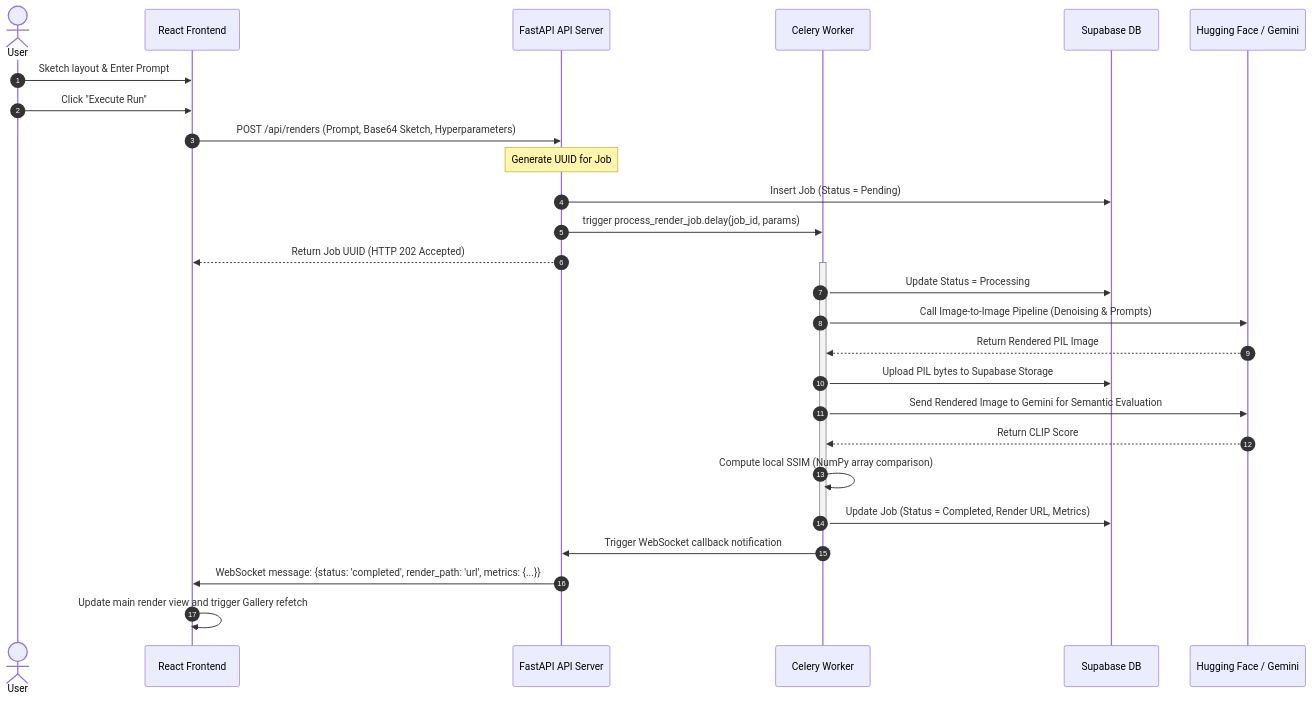
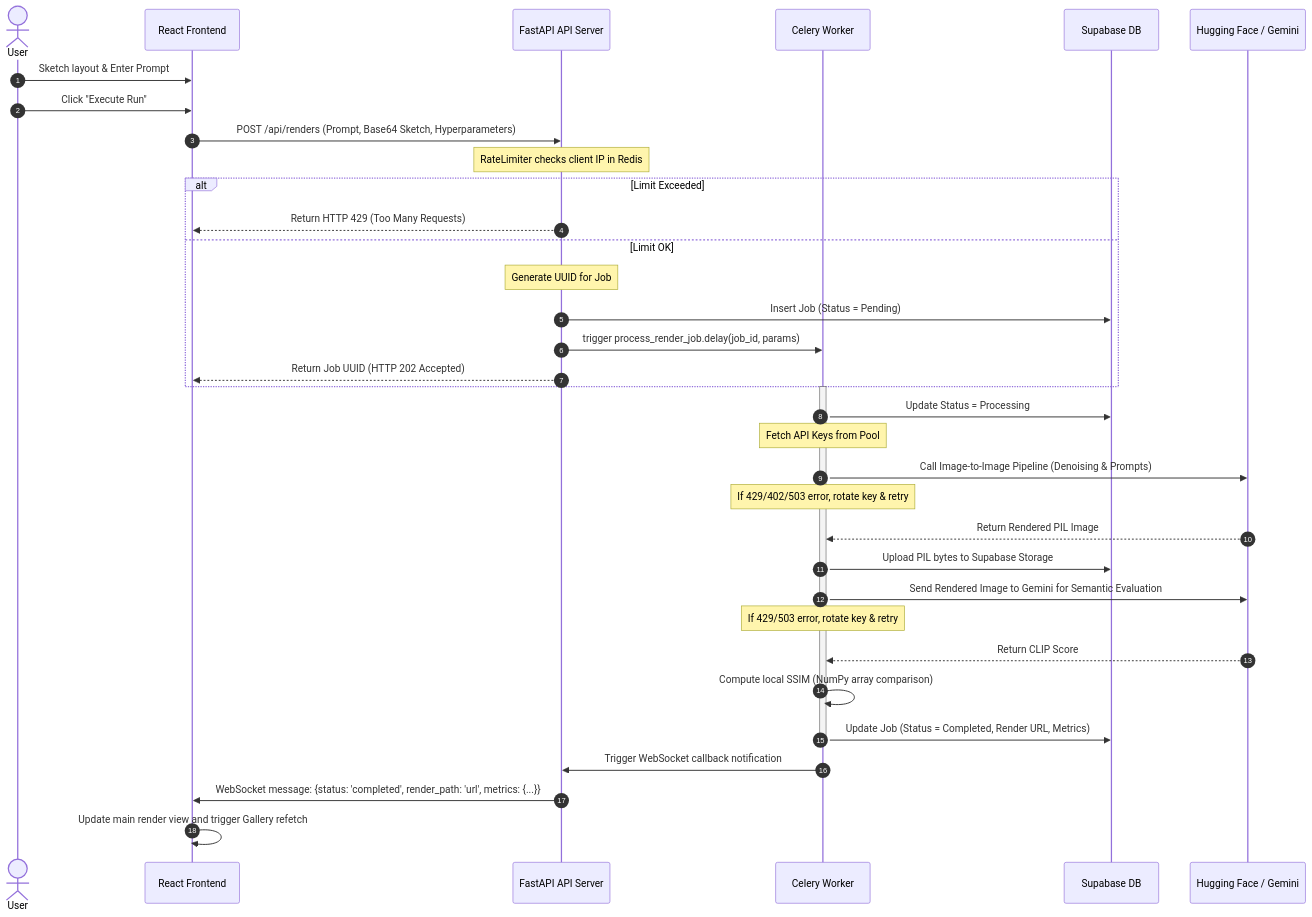
One commit to Megh2411/blueprint-studio-ai changed the second of 2 diagrams in architecture.md. Above: the diagram before and after it, drawn with Mermaid. The commit also changed 6 other files, not shown here.

Commit message:
docs: update main readme, architecture, theory, commands, and installation guides with rate limiting and key pooling, and add e2e tests folder

````diff
--- a/architecture.md
+++ b/architecture.md
@@ -32,33 +32,41 @@
 ```mermaid
 sequenceDiagram
     autonumber
     actor User
     participant FE as React Frontend
     participant BE as FastAPI API Server
     participant Celery as Celery Worker
     participant DB as Supabase DB
     participant HF as Hugging Face / Gemini
 
     User->>FE: Sketch layout & Enter Prompt
     User->>FE: Click "Execute Run"
     FE->>BE: POST /api/renders (Prompt, Base64 Sketch, Hyperparameters)
-    Note over BE: Generate UUID for Job
-    BE->>DB: Insert Job (Status = Pending)
-    BE->>Celery: trigger process_render_job.delay(job_id, params)
-    BE-->>FE: Return Job UUID (HTTP 202 Accepted)
+    Note over BE: RateLimiter checks client IP in Redis
+    alt Limit Exceeded
+        BE-->>FE: Return HTTP 429 (Too Many Requests)
+    else Limit OK
+        Note over BE: Generate UUID for Job
+        BE->>DB: Insert Job (Status = Pending)
+        BE->>Celery: trigger process_render_job.delay(job_id, params)
+        BE-->>FE: Return Job UUID (HTTP 202 Accepted)
+    end
     
     activate Celery
     Celery->>DB: Update Status = Processing
+    Note over Celery: Fetch API Keys from Pool
     Celery->>HF: Call Image-to-Image Pipeline (Denoising & Prompts)
+    Note over Celery: If 429/402/503 error, rotate key & retry
     HF-->>Celery: Return Rendered PIL Image
     Celery->>DB: Upload PIL bytes to Supabase Storage
     Celery->>HF: Send Rendered Image to Gemini for Semantic Evaluation
+    Note over Celery: If 429/503 error, rotate key & retry
     HF-->>Celery: Return CLIP Score
     Celery->>Celery: Compute local SSIM (NumPy array comparison)
     Celery->>DB: Update Job (Status = Completed, Render URL, Metrics)
     deactivate Celery
     
     Celery->>BE: Trigger WebSocket callback notification
     BE->>FE: WebSocket message: {status: 'completed', render_path: 'url', metrics: {...}}
     FE->>FE: Update main render view and trigger Gallery refetch
 ```
````
